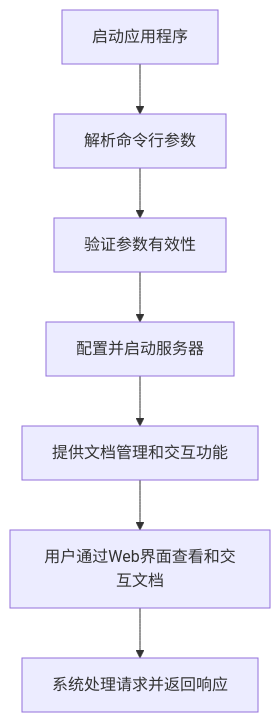
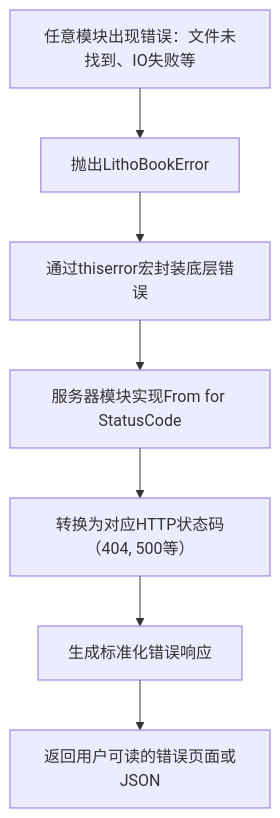
One commit to sopaco/litho-book changed the ninth of 10 diagrams in litho.docs/2、架构概览.md. Above: the diagram before and after it, drawn with Mermaid. The commit also changed other lines of this file and 16 other files, not shown here.

````diff
--- a/litho.docs/2、架构概览.md
+++ b/litho.docs/2、架构概览.md
@@ -262,9 +325,9 @@
 ```mermaid
 graph TD
-    A[启动应用程序] --> B[解析命令行参数]
-    B --> C[验证参数有效性]
-    C --> D[配置并启动服务器]
-    D --> E[提供文档管理和交互功能]
-    E --> F[用户通过Web界面查看和交互文档]
-    F --> G[系统处理请求并返回响应]
+    A[任意模块出现错误：文件未找到、IO失败等] --> B[抛出LithoBookError]
+    B --> C[通过thiserror宏封装底层错误]
+    C --> D[服务器模块实现From<LithoBookError> for StatusCode]
+    D --> E[转换为对应HTTP状态码（404, 500等）]
+    E --> F[生成标准化错误响应]
+    F --> G[返回用户可读的错误页面或JSON]
 ```
````
